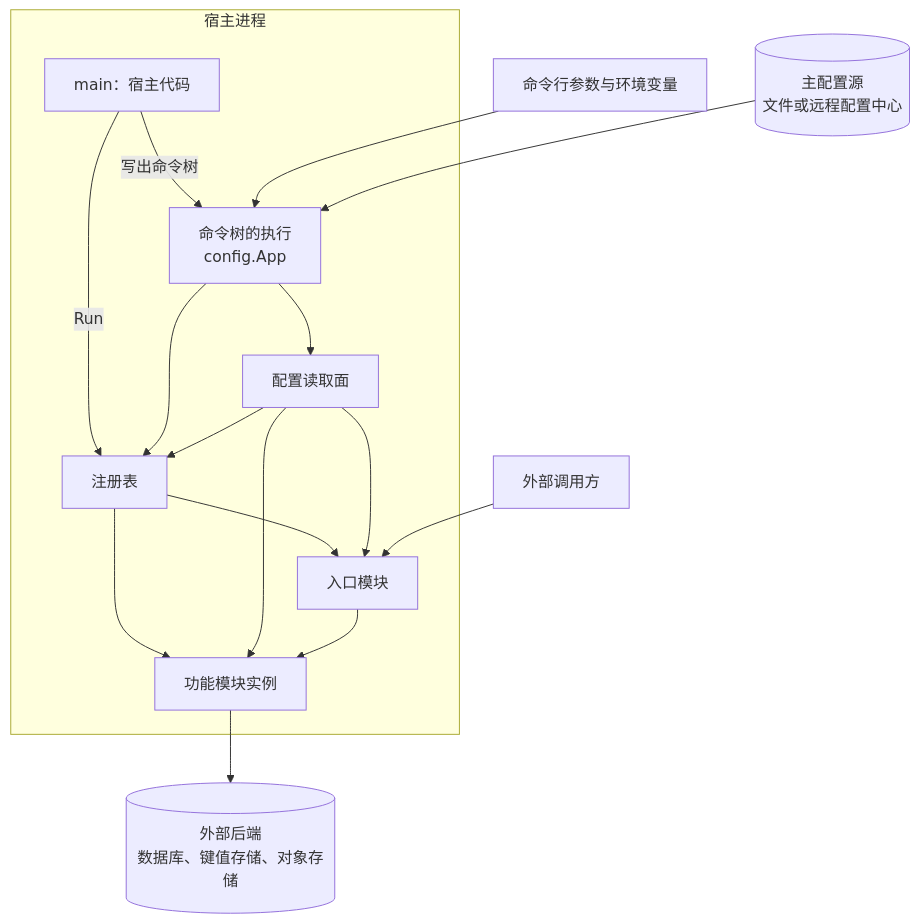
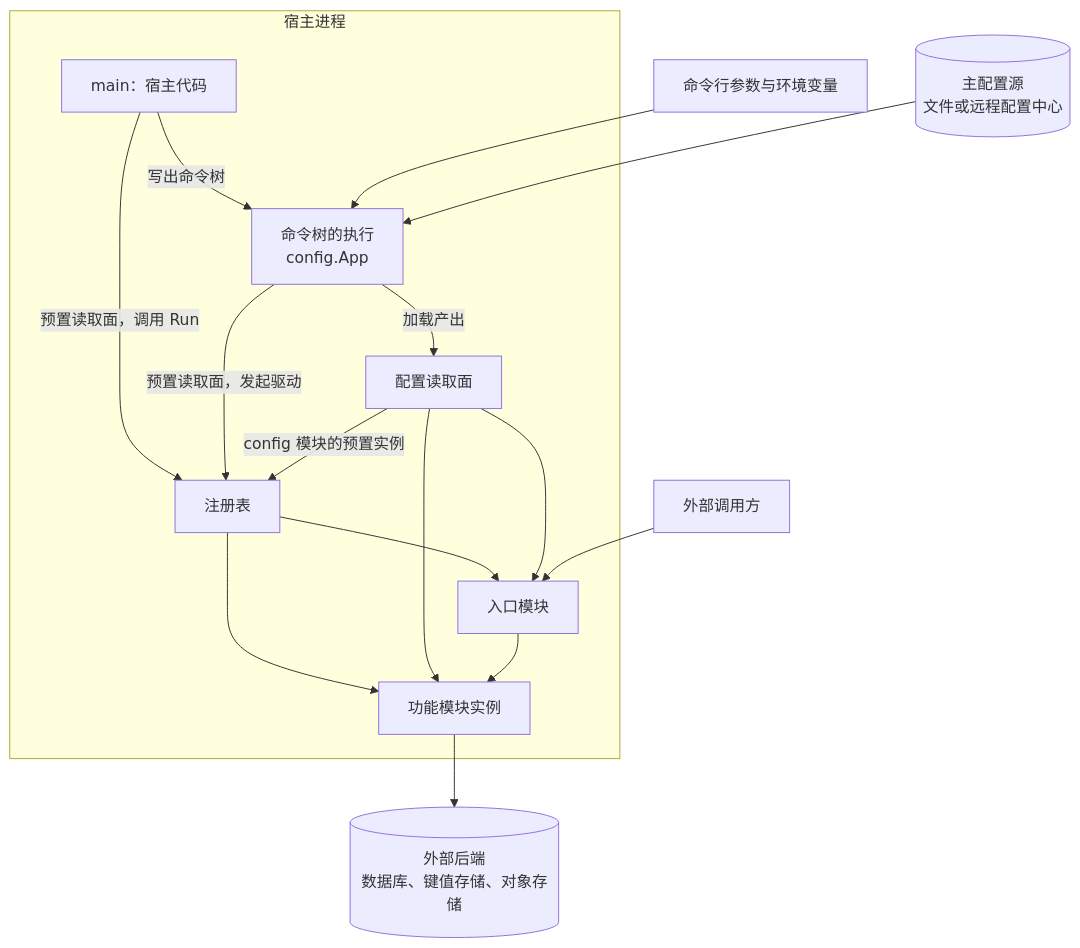
One commit to wangzw/speed changed the second of 2 diagrams in docs/design/architecture.md. Above: the diagram before and after it, drawn with Mermaid. The commit also changed other lines of this file and 56 other files, not shown here.

````diff
--- a/docs/design/architecture.md
+++ b/docs/design/architecture.md
@@ -73,31 +73,31 @@
 ```mermaid
 graph TD
   cli["命令行参数与环境变量"]
   primary[("主配置源<br/>文件或远程配置中心")]
   client["外部调用方"]
   backend[("外部后端<br/>数据库、键值存储、对象存储")]
 
   subgraph proc["宿主进程"]
     main["main：宿主代码"]
     exec["命令树的执行<br/>config.App"]
     registry["注册表"]
     cfg["配置读取面"]
     entry["入口模块"]
     instances["功能模块实例"]
     main -->|写出命令树| exec
-    main -->|Run| registry
-    exec --> cfg
-    exec --> registry
-    cfg --> registry
+    main -->|预置读取面，调用 Run| registry
+    exec -->|加载产出| cfg
+    exec -->|预置读取面，发起驱动| registry
+    cfg -->|config 模块的预置实例| registry
     registry --> entry
     registry --> instances
     cfg --> instances
     cfg --> entry
     entry --> instances
   end
 
   cli --> exec
   primary --> exec
   client --> entry
   instances --> backend
 ```
````
